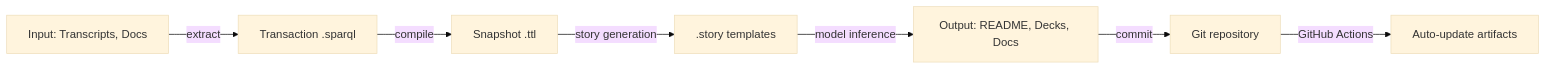
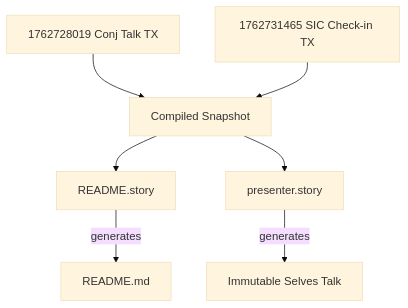
The diagram in README.md (Synthetic-Identity-Co/conj-talk-2025), drawn with Mermaid (base theme) before and after one commit. The commit also changed other lines of this file, not shown here.

Commit message:
story:  e2afcc7886c4b2054f56418d17c0554f293c050e

````diff
--- a/README.md
+++ b/README.md
@@ -69,9 +55,9 @@
 ```mermaid
-graph LR
-    A[Input: Transcripts, Docs] -->|extract| B[Transaction .sparql]
-    B -->|compile| C[Snapshot .ttl]
-    C -->|story generation| D[.story templates]
-    D -->|model inference| E[Output: README, Decks, Docs]
-    E -->|commit| F[Git repository]
-    F -->|GitHub Actions| G[Auto-update artifacts]
+graph TD
+    TX1[1762728019 Conj Talk TX] --> SNAP[Compiled Snapshot]
+    TX2[1762731465 SIC Check-in TX] --> SNAP
+    SNAP --> README[README.story]
+    SNAP --> PRES[presenter.story]
+    README -->|generates| READMEMD[README.md]
+    PRES -->|generates| TALK[Immutable Selves Talk]
 ```
````
